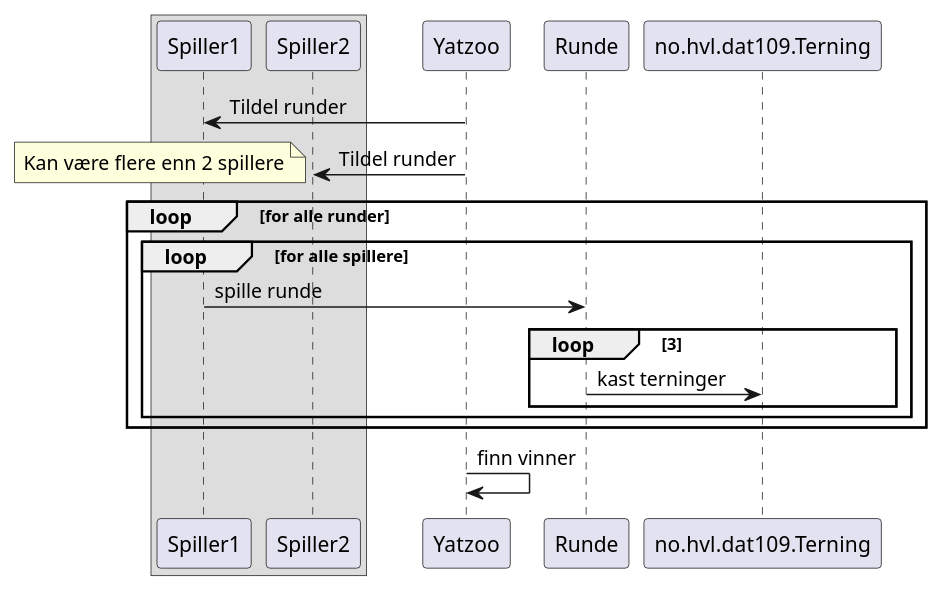
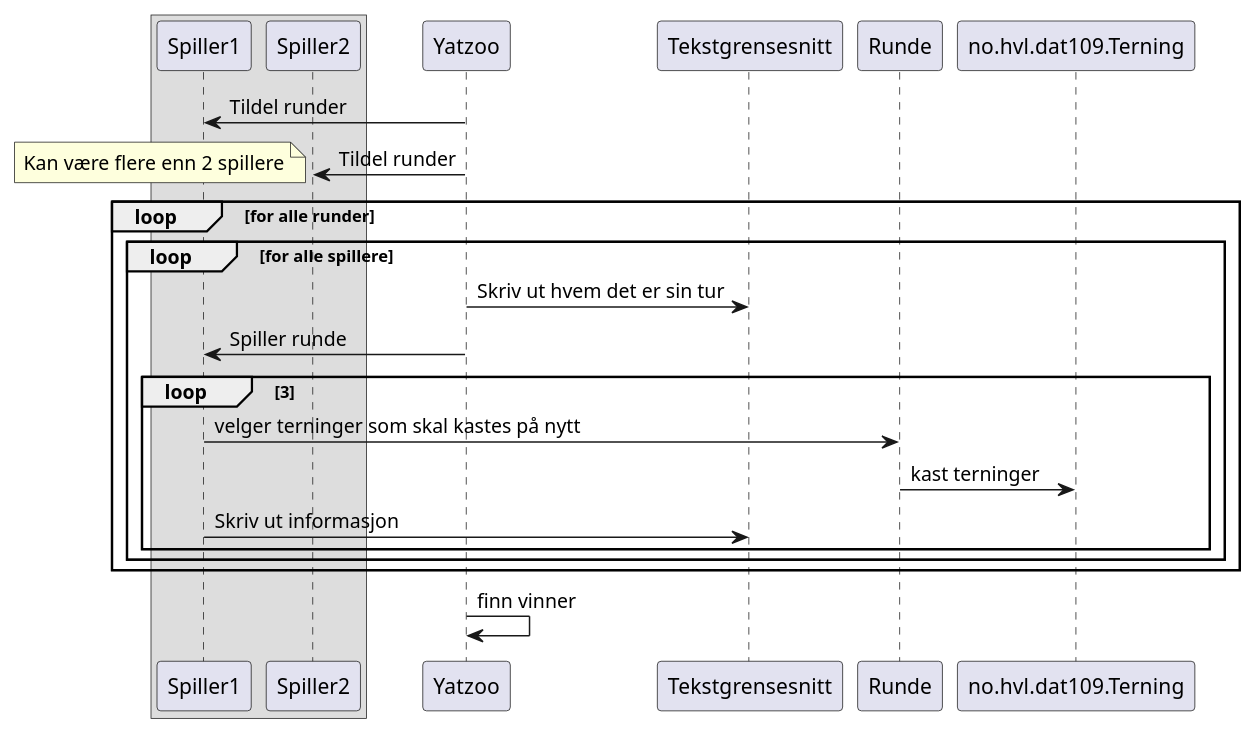
One commit to 571530/DAT109Oblig1 changed the diagram in src/no/hvl/dat109/uml/Sekvensdiagram.puml. Above: the diagram before and after it, drawn with PlantUML. The commit also changed 1 other file, not shown here.

Commit message:
Endringer i diagrammene

```diff
--- a/src/no/hvl/dat109/uml/Sekvensdiagram.puml
+++ b/src/no/hvl/dat109/uml/Sekvensdiagram.puml
@@ -1,23 +1,26 @@
 @startuml
 box
     participant Spiller1
     participant Spiller2
 end box
 
 Spiller1 <- Yatzoo: Tildel runder
 Spiller2 <- Yatzoo: Tildel runder
 
 note left : Kan være flere enn 2 spillere
 
 loop for alle runder
     loop for alle spillere
-        Spiller1 -> Runde : spille runde
+        Yatzoo -> Tekstgrensesnitt : Skriv ut hvem det er sin tur
+        Yatzoo -> Spiller1: Spiller runde
         loop 3
+            Spiller1 -> Runde : velger terninger som skal kastes på nytt
             Runde -> no.hvl.dat109.Terning : kast terninger
+            Spiller1 -> Tekstgrensesnitt : Skriv ut informasjon
         end
     end
 end
 
 Yatzoo -> Yatzoo : finn vinner
 
 @enduml
```
